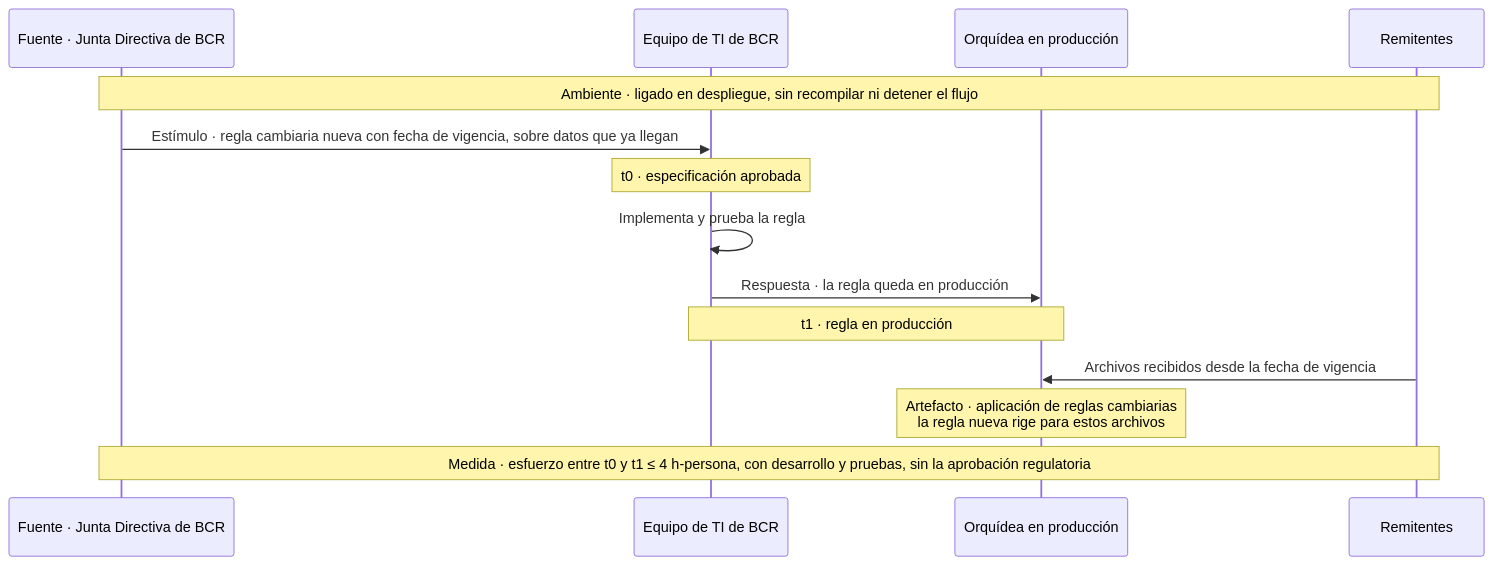
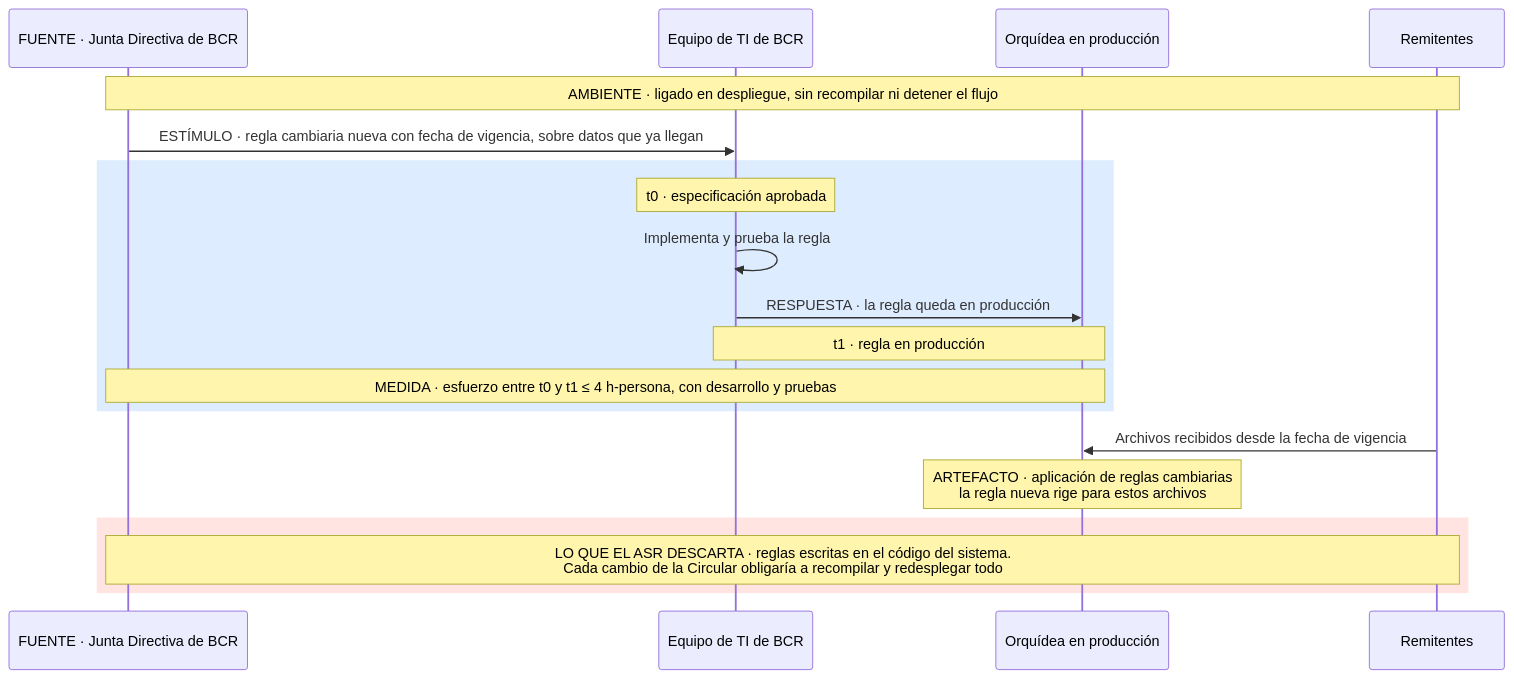
One commit to MATI-MBIT/arqsoft-reto-4 changed the fourth of 17 diagrams in docs/quality-attributes.md. Above: the diagram before and after it, drawn with Mermaid. The commit also changed other lines of this file, not shown here.

Commit message:
Rediseña los diagramas de los ASR: banda de lo medido y banda de lo que el ASR descarta

````diff
--- a/docs/quality-attributes.md
+++ b/docs/quality-attributes.md
@@ -246,16 +265,21 @@
 ```mermaid
 sequenceDiagram
-    participant J as Fuente · Junta Directiva de BCR
+    participant J as FUENTE · Junta Directiva de BCR
     participant T as Equipo de TI de BCR
     participant O as Orquídea en producción
     participant R as Remitentes
-    Note over J,R: Ambiente · ligado en despliegue, sin recompilar ni detener el flujo
-    J->>T: Estímulo · regla cambiaria nueva con fecha de vigencia, sobre datos que ya llegan
+    Note over J,R: AMBIENTE · ligado en despliegue, sin recompilar ni detener el flujo
+    J->>T: ESTÍMULO · regla cambiaria nueva con fecha de vigencia, sobre datos que ya llegan
+    rect rgb(222, 236, 255)
     Note over T: t0 · especificación aprobada
     T->>T: Implementa y prueba la regla
-    T->>O: Respuesta · la regla queda en producción
+    T->>O: RESPUESTA · la regla queda en producción
     Note over T,O: t1 · regla en producción
+    Note over J,O: MEDIDA · esfuerzo entre t0 y t1 ≤ 4 h-persona, con desarrollo y pruebas
+    end
     R->>O: Archivos recibidos desde la fecha de vigencia
-    Note over O: Artefacto · aplicación de reglas cambiarias<br/>la regla nueva rige para estos archivos
-    Note over J,R: Medida · esfuerzo entre t0 y t1 ≤ 4 h-persona, con desarrollo y pruebas, sin la aprobación regulatoria
+    Note over O: ARTEFACTO · aplicación de reglas cambiarias<br/>la regla nueva rige para estos archivos
+    rect rgb(255, 228, 225)
+    Note over J,R: LO QUE EL ASR DESCARTA · reglas escritas en el código del sistema.<br/>Cada cambio de la Circular obligaría a recompilar y redesplegar todo
+    end
 ```
````
